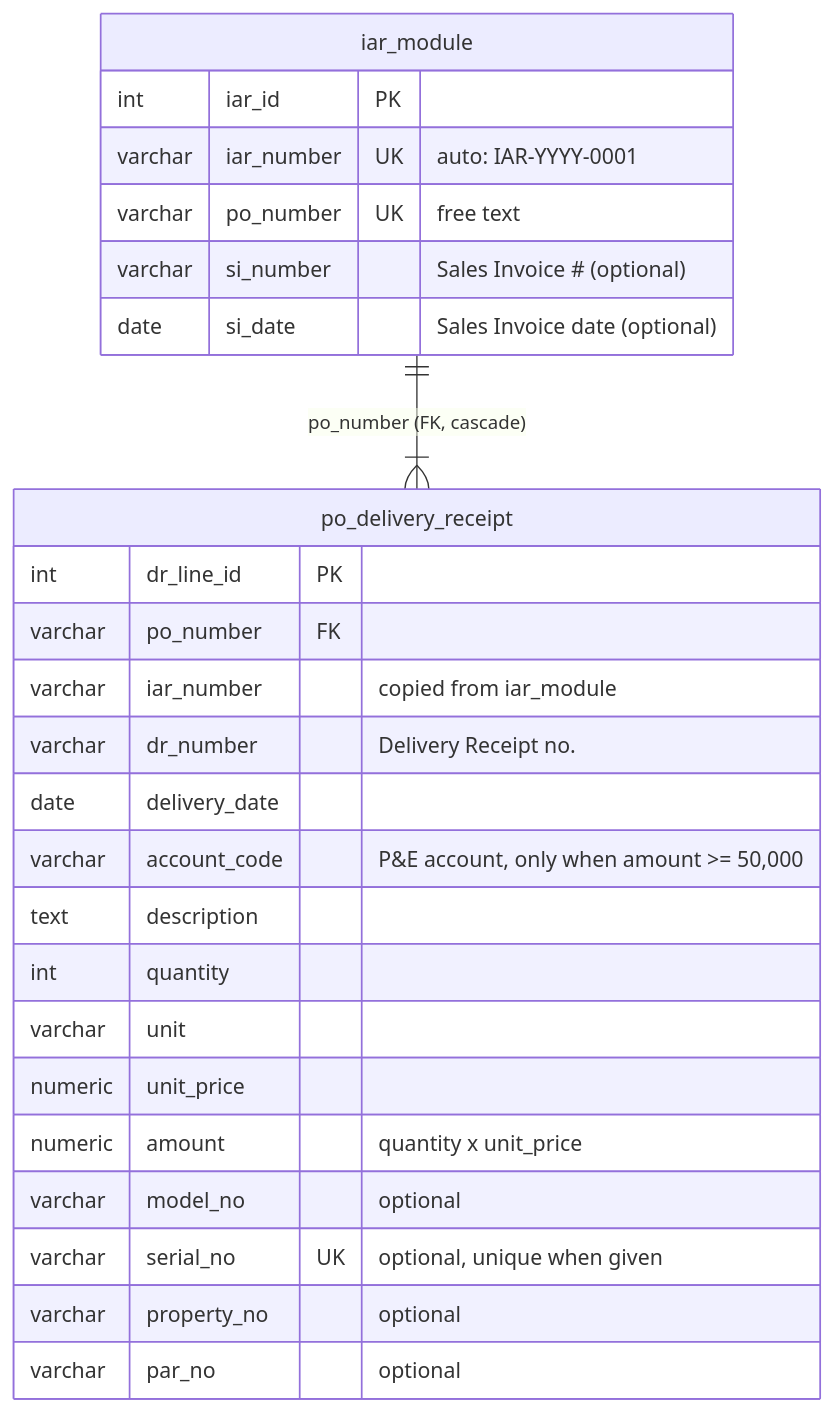
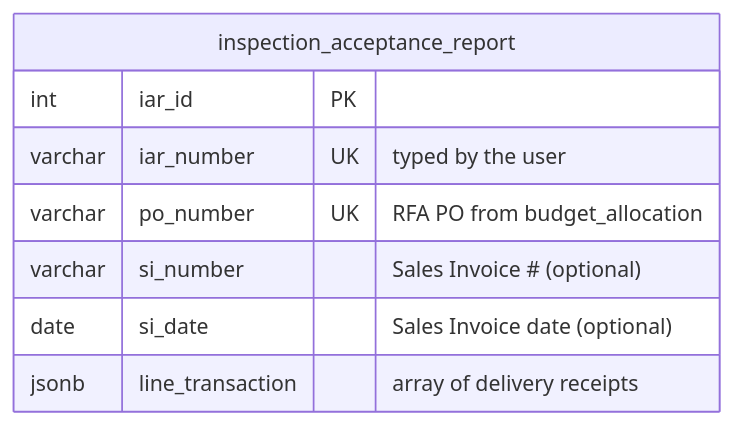
Before and after one commit to A-team-ITBS/fims-nha: the seventh of 7 diagrams in system_docs/ERD/README.md, drawn with Mermaid. The commit also changed other lines of this file and 8 other files, not shown here.

First line of the commit message:
Update the IAR Module

````diff
--- a/system_docs/ERD/README.md
+++ b/system_docs/ERD/README.md
@@ -259,28 +259,11 @@
 ```mermaid
 erDiagram
-    iar_module ||--|{ po_delivery_receipt : "po_number (FK, cascade)"
-    iar_module {
+    inspection_acceptance_report {
         int iar_id PK
-        varchar iar_number UK "auto: IAR-YYYY-0001"
-        varchar po_number UK "free text"
+        varchar iar_number UK "typed by the user"
+        varchar po_number UK "RFA PO from budget_allocation"
         varchar si_number "Sales Invoice # (optional)"
         date si_date "Sales Invoice date (optional)"
-    }
-    po_delivery_receipt {
-        int dr_line_id PK
-        varchar po_number FK
-        varchar iar_number "copied from iar_module"
-        varchar dr_number "Delivery Receipt no."
-        date delivery_date
-        varchar account_code "P&E account, only when amount >= 50,000"
-        text description
-        int quantity
-        varchar unit
-        numeric unit_price
-        numeric amount "quantity x unit_price"
-        varchar model_no "optional"
-        varchar serial_no UK "optional, unique when given"
-        varchar property_no "optional"
-        varchar par_no "optional"
+        jsonb line_transaction "array of delivery receipts"
     }
 ```
````
